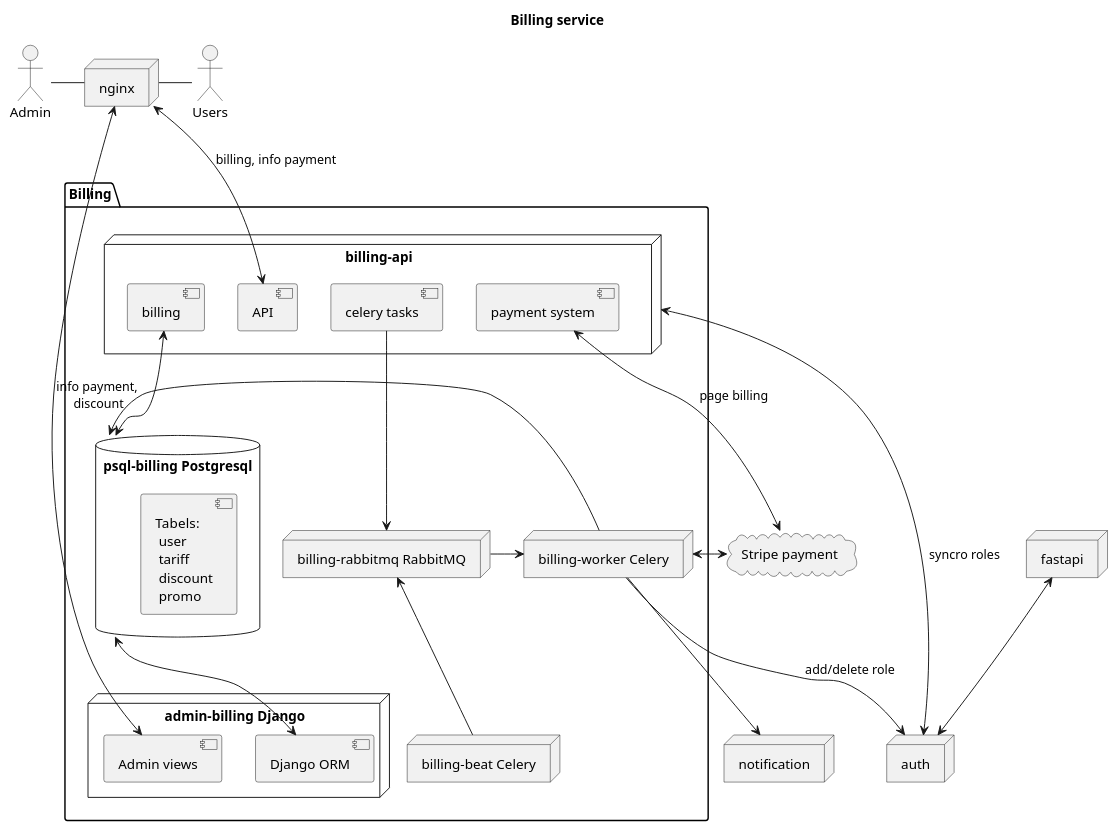
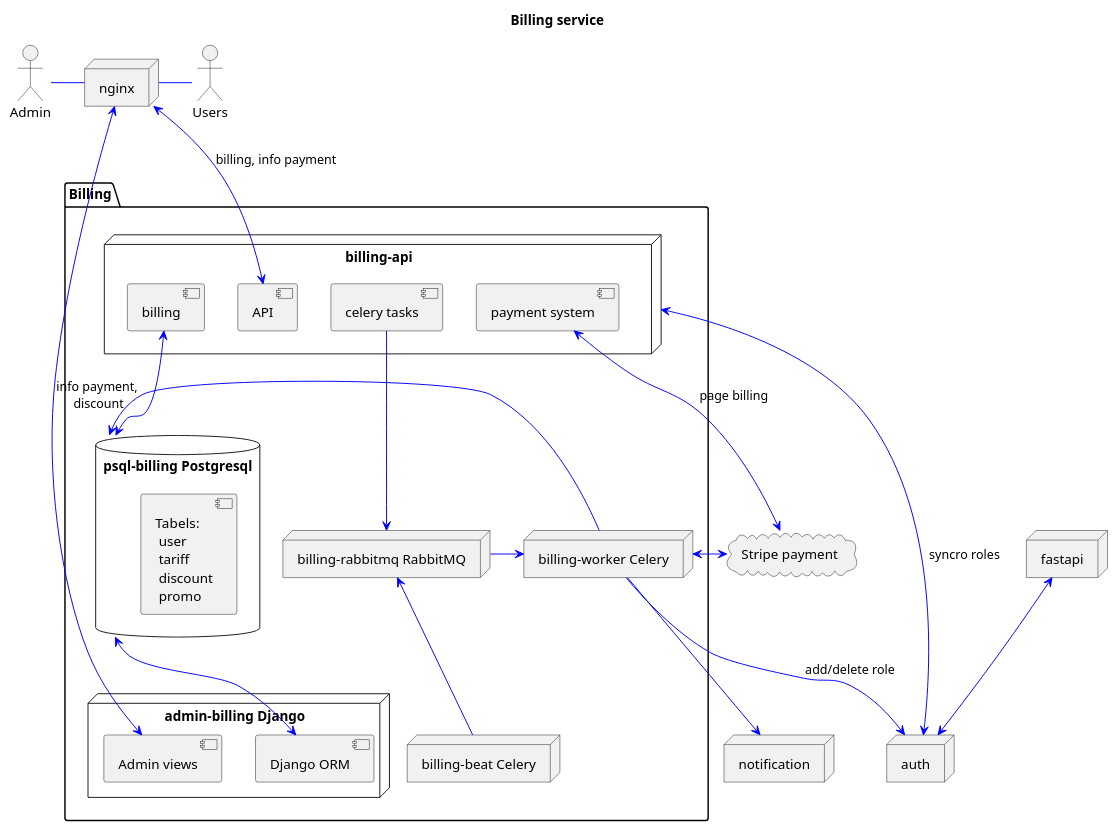
Before and after one commit to AlexeyBely/graduate_work: the diagram in scheme/billing_system_schema.puml, drawn with PlantUML. The commit also changed 4 other files, not shown here.

Commit message:
add sequence scheme

```diff
--- a/scheme/billing_system_schema.puml
+++ b/scheme/billing_system_schema.puml
@@ -1,50 +1,50 @@
 @startuml billing_system_schema
 title Billing service
+skinparam componentStyle uml2
 
-skinparam componentStyle uml2
 actor Users
 actor Admin
 node "nginx" as nginx
 node "fastapi" as fastapi
 node "auth" as auth
 node "notification" as notify
 package "Billing" {
     node "admin-billing Django" as django{
         component "Admin views" as admin_views        
         component "Django ORM" as admin_orm            
     }
     database "psql-billing Postgresql" as psql {    
         component "Tabels: \n user\n tariff\n discount\n promo" as tables
     }
     node "billing-api" as billing_api{
         component "API" as api
         component "billing" as api_billing 
         component "payment system" as payment
         component "celery tasks" as celery_tasks                  
     }
     node "billing-rabbitmq RabbitMQ" as rabbit
     node "billing-worker Celery" as worker    
     node "billing-beat Celery" as beat
 }
 cloud "Stripe payment"  as stripe
      
-Users -left- nginx
-Admin -right- nginx
-nginx <-down-> admin_views : info payment,\n discount
-nginx <-down-> api : billing, info payment
-fastapi <-down-> auth
-billing_api <-> auth : syncro roles
+Users -[#blue]left- nginx
+Admin -[#blue]right- nginx
+nginx <-[#blue]down-> admin_views : info payment,\n discount
+nginx <-[#blue]down-> api : billing, info payment
+fastapi <-[#blue]down-> auth
+billing_api <-[#blue]> auth : syncro roles
 
-admin_orm <-up-> psql 
-api_billing <-> psql
-payment <-> stripe : page billing
-celery_tasks -down-> rabbit
+admin_orm <-[#blue]up-> psql 
+api_billing <-[#blue]> psql
+payment <-[#blue]> stripe : page billing
+celery_tasks -[#blue]down-> rabbit
 
-beat -up-> rabbit
-rabbit -> worker
-worker <-> stripe
-worker -down-> auth : add/delete role
-worker -down-> notify
-worker -right-> psql
+beat -[#blue]up-> rabbit
+rabbit -[#blue]> worker
+worker <-[#blue]> stripe
+worker -[#blue]down-> auth : add/delete role
+worker -[#blue]down-> notify
+worker -[#blue]right-> psql
  
 @enduml 
```
